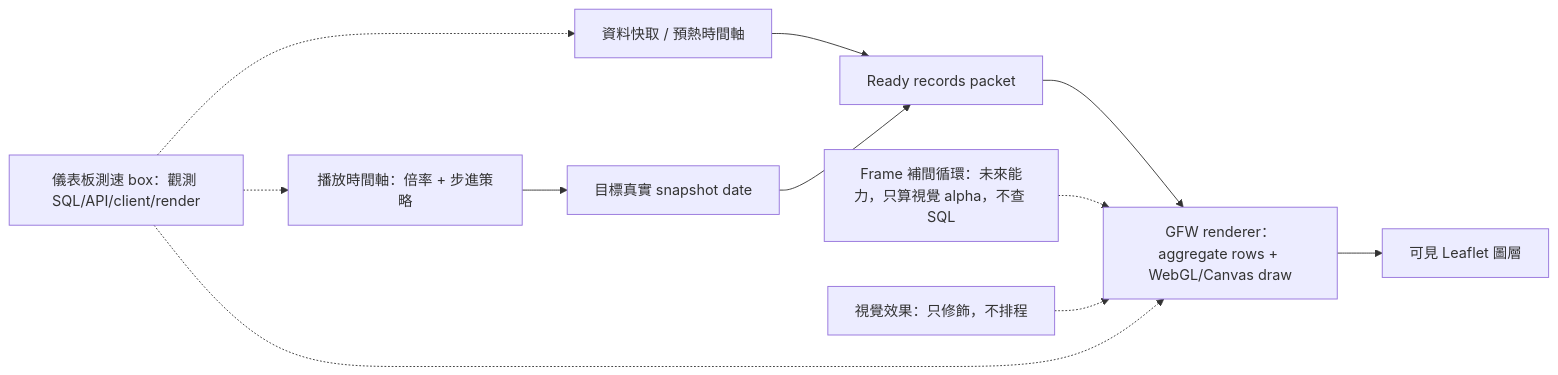
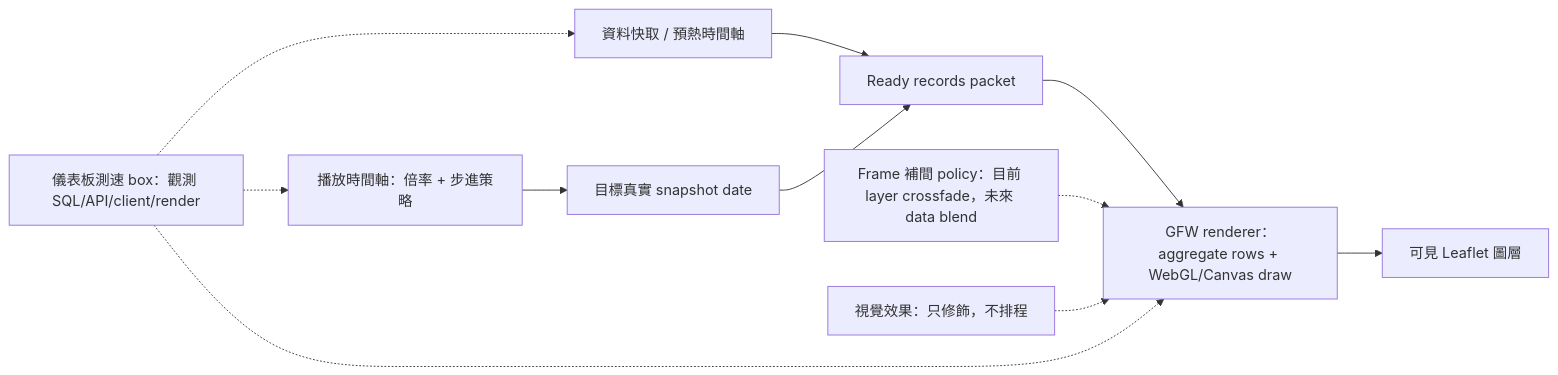
One commit to Kagamihara-Ruruka/gfw-flask-mysql-adapter changed the second of 5 diagrams in README.zh-TW.md. Above: the diagram before and after it, drawn with Mermaid. The commit also changed other lines of this file and 8 other files, not shown here.

````diff
--- a/README.zh-TW.md
+++ b/README.zh-TW.md
@@ -168,13 +169,13 @@
 ```mermaid
 flowchart LR
   Clock["播放時間軸：倍率 + 步進策略"] --> Target["目標真實 snapshot date"]
   Cache["資料快取 / 預熱時間軸"] --> Packet["Ready records packet"]
   Target --> Packet
   Packet --> Renderer["GFW renderer：aggregate rows + WebGL/Canvas draw"]
-  Interp["Frame 補間循環：未來能力，只算視覺 alpha，不查 SQL"] -.-> Renderer
+  Interp["Frame 補間 policy：目前 layer crossfade，未來 data blend"] -.-> Renderer
   Effects["視覺效果：只修飾，不排程"] -.-> Renderer
   Renderer --> Map["可見 Leaflet 圖層"]
   Metrics["儀表板測速 box：觀測 SQL/API/client/render"] -.-> Clock
   Metrics -.-> Cache
   Metrics -.-> Renderer
 ```
````
